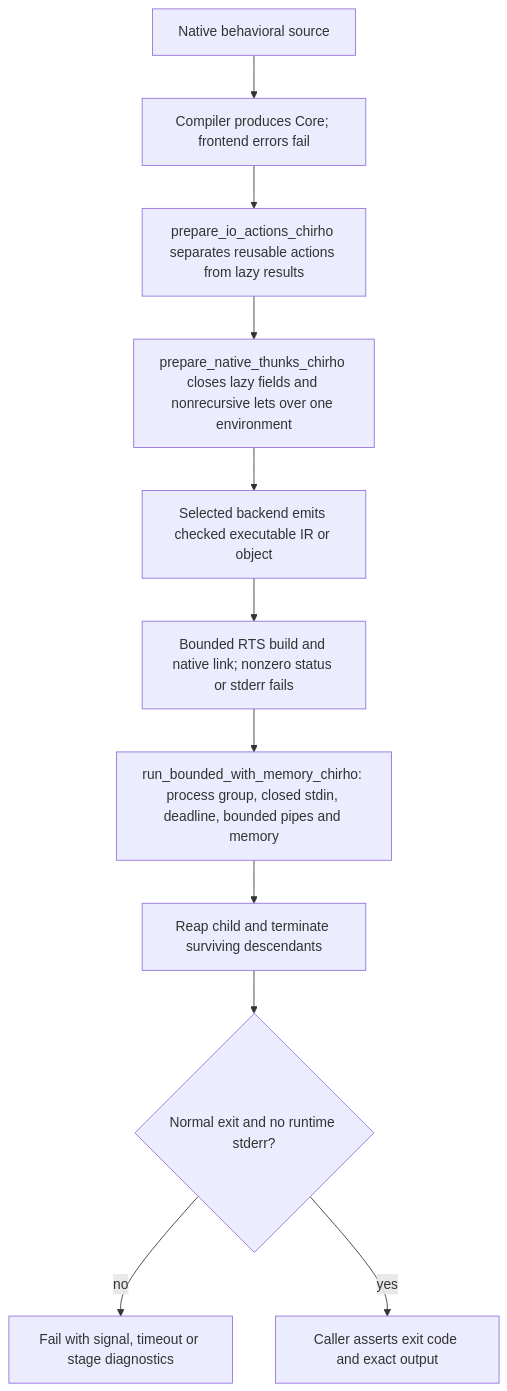
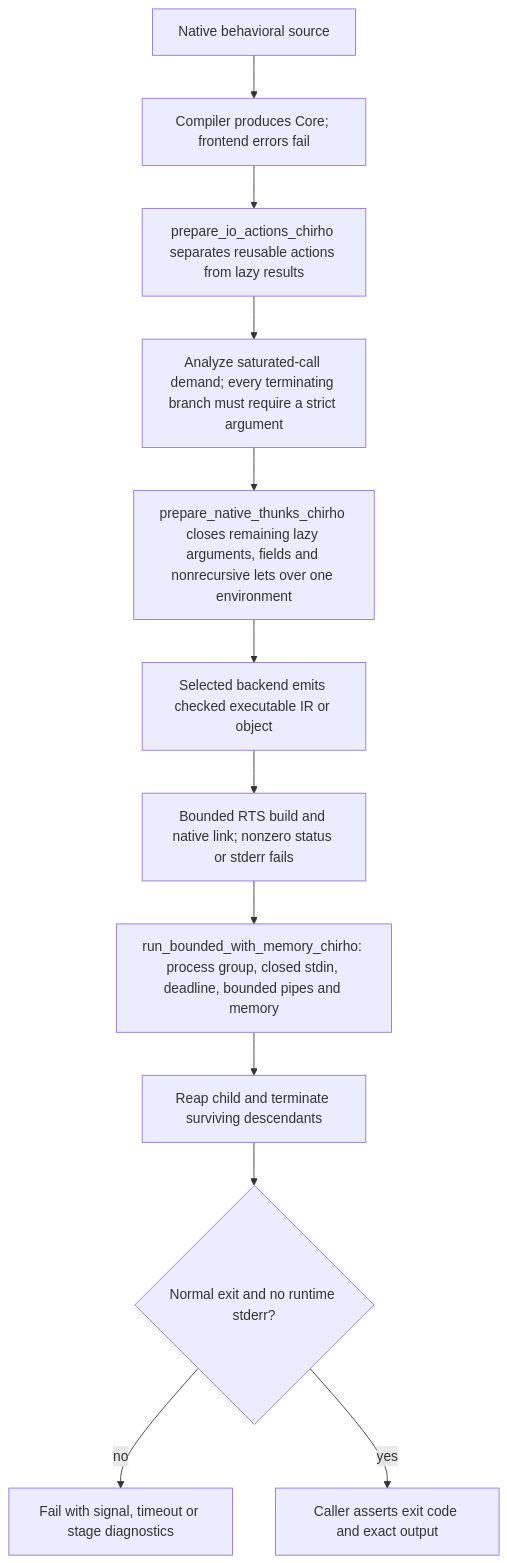
The second of 2 diagrams in spec-chirho/workflows-chirho/testing-chirho/execution-oracles-chirho.md (loveJesus/haskelujah-chirho), drawn with Mermaid before and after one commit. The commit also changed other lines of this file and 25 other files, not shown here.

First line of the commit message:
fix: preserve IO action reuse and lazy argument demand

````diff
--- a/spec-chirho/workflows-chirho/testing-chirho/execution-oracles-chirho.md
+++ b/spec-chirho/workflows-chirho/testing-chirho/execution-oracles-chirho.md
@@ -26,13 +26,14 @@
 ```mermaid
 flowchart TD
     program_chirho[Native behavioral source] --> frontend_chirho[Compiler produces Core; frontend errors fail]
     frontend_chirho --> actions_chirho[prepare_io_actions_chirho separates reusable actions from lazy results]
-    actions_chirho --> thunks_chirho[prepare_native_thunks_chirho closes lazy fields and nonrecursive lets over one environment]
+    actions_chirho --> demands_chirho[Analyze saturated-call demand; every terminating branch must require a strict argument]
+    demands_chirho --> thunks_chirho[prepare_native_thunks_chirho closes remaining lazy arguments, fields and nonrecursive lets over one environment]
     thunks_chirho --> backend_chirho[Selected backend emits checked executable IR or object]
     backend_chirho --> link_chirho[Bounded RTS build and native link; nonzero status or stderr fails]
     link_chirho --> run_chirho[run_bounded_with_memory_chirho: process group, closed stdin, deadline, bounded pipes and memory]
     run_chirho --> cleanup_chirho[Reap child and terminate surviving descendants]
     cleanup_chirho --> result_chirho{Normal exit and no runtime stderr?}
     result_chirho -->|no| fail_chirho[Fail with signal, timeout or stage diagnostics]
     result_chirho -->|yes| exact_chirho[Caller asserts exit code and exact output]
 ```
````
